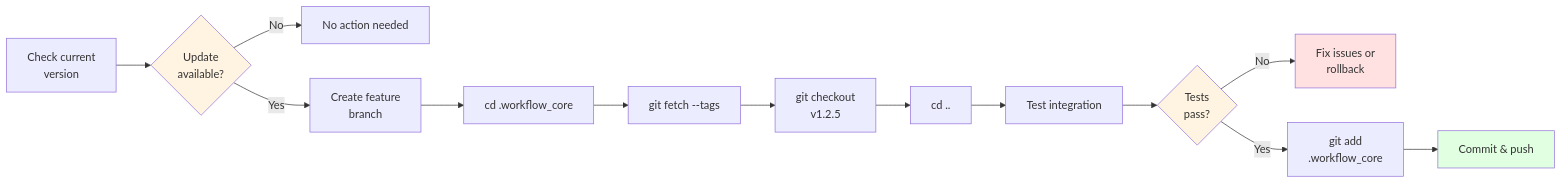
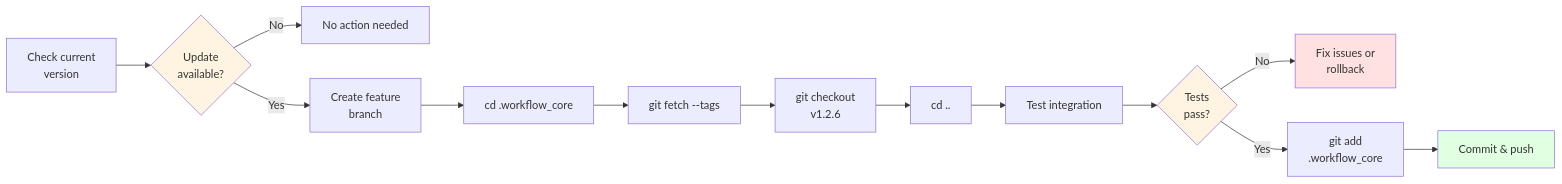
The sixth of 23 diagrams in docs/diagrams/README.md (mpbarbosa/ai_workflow_core), drawn with Mermaid before and after one commit. The commit also changed 31 other files, not shown here.

````diff
--- a/docs/diagrams/README.md
+++ b/docs/diagrams/README.md
@@ -196,20 +196,20 @@
 ```mermaid
 flowchart LR
     A[Check current<br/>version] --> B{Update<br/>available?}
     B -->|No| C[No action needed]
     B -->|Yes| D[Create feature<br/>branch]
     D --> E[cd .workflow_core]
     E --> F[git fetch --tags]
-    F --> G[git checkout<br/>v1.2.5]
+    F --> G[git checkout<br/>v1.2.6]
     G --> H[cd ..]
     H --> I[Test integration]
     I --> J{Tests<br/>pass?}
     J -->|No| K[Fix issues or<br/>rollback]
     J -->|Yes| L[git add<br/>.workflow_core]
     L --> M[Commit & push]
 
     style B fill:#fff4e1
     style J fill:#fff4e1
     style K fill:#ffe1e1
     style M fill:#e1ffe1
 ```
````
